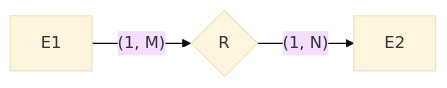
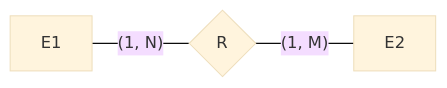
Before and after one commit to SiegeSailor/vault-personal: the second of 7 diagrams in master-notes/BU/579/assignments/2/README.md, drawn with Mermaid (base theme). The commit also changed other lines of this file and 2 other files, not shown here.

````diff
--- a/master-notes/BU/579/assignments/2/README.md
+++ b/master-notes/BU/579/assignments/2/README.md
@@ -79,5 +79,5 @@
 ```mermaid
 flowchart LR
-    E1 -->|"(1, M)"| R{R}
-    R -->|"(1, N)"| E2
+    E1 ---|"(1, N)"| R{R}
+    R ---|"(1, M)"| E2
 ```
````
